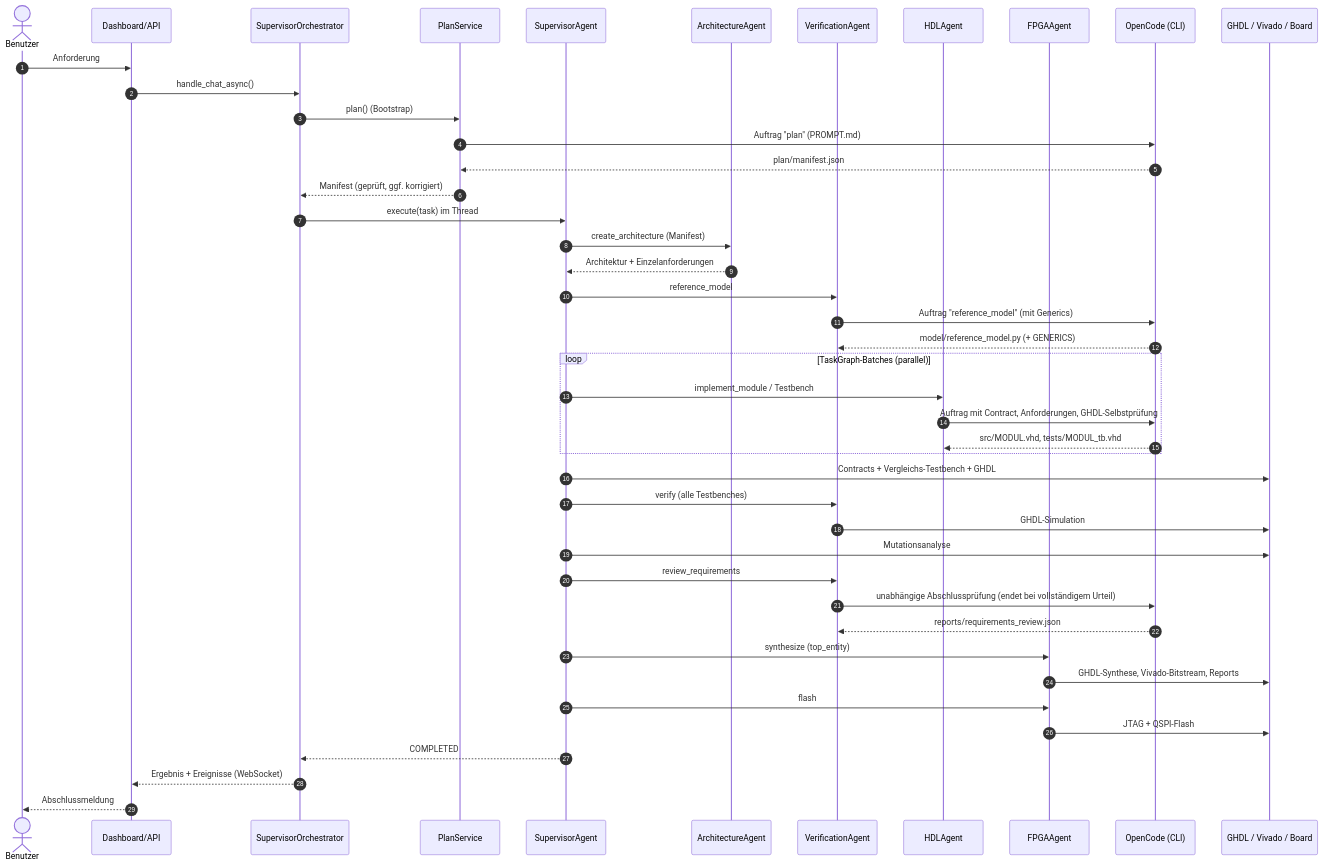
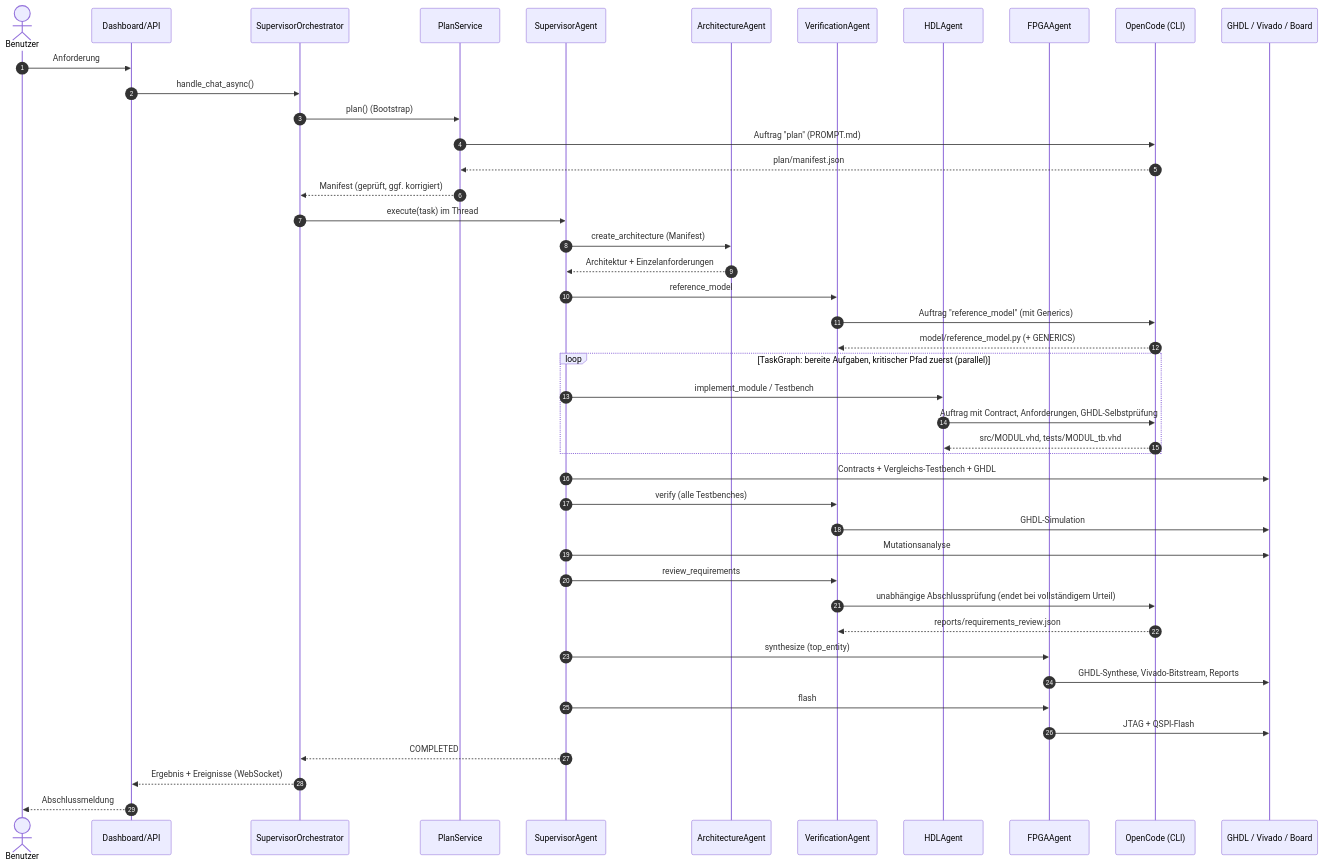
One commit to Christian-Alexander141/vhdl-agent changed the third of 3 diagrams in docs/architecture/MAS-Ablauf.md. Above: the diagram before and after it, drawn with Mermaid. The commit also changed other lines of this file and 22 other files, not shown here.

````diff
--- a/docs/architecture/MAS-Ablauf.md
+++ b/docs/architecture/MAS-Ablauf.md
@@ -99,47 +99,47 @@
 ```mermaid
 sequenceDiagram
     autonumber
     actor User as Benutzer
     participant API as Dashboard/API
     participant O as SupervisorOrchestrator
     participant P as PlanService
     participant S as SupervisorAgent
     participant AR as ArchitectureAgent
     participant V as VerificationAgent
     participant H as HDLAgent
     participant F as FPGAAgent
     participant OC as OpenCode (CLI)
     participant T as GHDL / Vivado / Board
 
     User->>API: Anforderung
     API->>O: handle_chat_async()
     O->>P: plan() (Bootstrap)
     P->>OC: Auftrag "plan" (PROMPT.md)
     OC-->>P: plan/manifest.json
     P-->>O: Manifest (geprüft, ggf. korrigiert)
     O->>S: execute(task) im Thread
     S->>AR: create_architecture (Manifest)
     AR-->>S: Architektur + Einzelanforderungen
     S->>V: reference_model
     V->>OC: Auftrag "reference_model" (mit Generics)
     OC-->>V: model/reference_model.py (+ GENERICS)
-    loop TaskGraph-Batches (parallel)
+    loop TaskGraph: bereite Aufgaben, kritischer Pfad zuerst (parallel)
         S->>H: implement_module / Testbench
         H->>OC: Auftrag mit Contract, Anforderungen, GHDL-Selbstprüfung
         OC-->>H: src/MODUL.vhd, tests/MODUL_tb.vhd
     end
     S->>T: Contracts + Vergleichs-Testbench + GHDL
     S->>V: verify (alle Testbenches)
     V->>T: GHDL-Simulation
     S->>T: Mutationsanalyse
     S->>V: review_requirements
     V->>OC: unabhängige Abschlussprüfung (endet bei vollständigem Urteil)
     OC-->>V: reports/requirements_review.json
     S->>F: synthesize (top_entity)
     F->>T: GHDL-Synthese, Vivado-Bitstream, Reports
     S->>F: flash
     F->>T: JTAG + QSPI-Flash
     S-->>O: COMPLETED
     O-->>API: Ergebnis + Ereignisse (WebSocket)
     API-->>User: Abschlussmeldung
 ```
````
